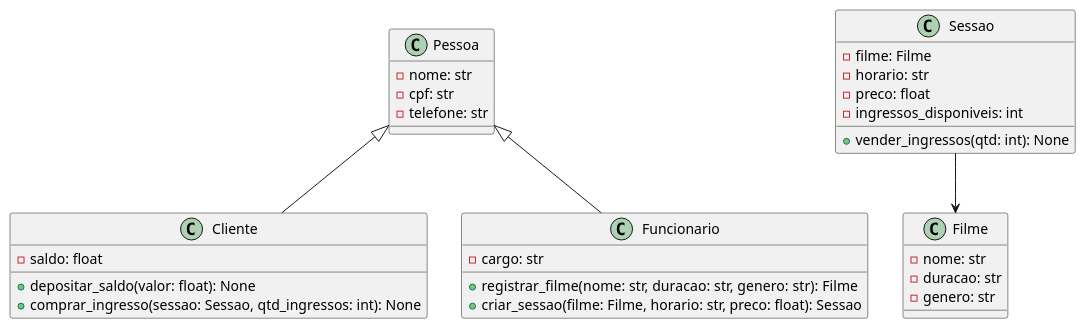
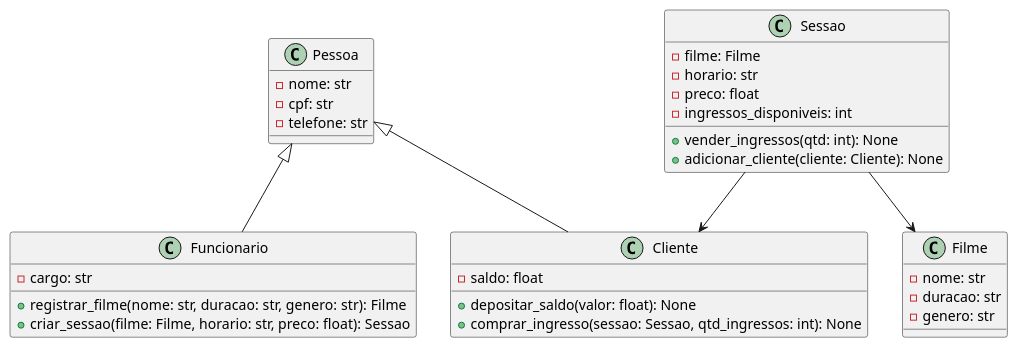
Before and after one commit to anleaes/2023-1-N1-POO-06: the diagram in teste.plantUML, drawn with PlantUML.

Commit message:
Versão 2

```diff
--- a/teste.plantUML
+++ b/teste.plantUML
@@ -1,35 +1,40 @@
+@startuml
 class Pessoa {
     -nome: str
     -cpf: str
     -telefone: str
 }
 
 class Cliente {
     -saldo: float
     +depositar_saldo(valor: float): None
     +comprar_ingresso(sessao: Sessao, qtd_ingressos: int): None
 }
 
 class Funcionario {
     -cargo: str
     +registrar_filme(nome: str, duracao: str, genero: str): Filme
     +criar_sessao(filme: Filme, horario: str, preco: float): Sessao
 }
 
 class Filme {
     -nome: str
     -duracao: str
     -genero: str
 }
 
 class Sessao {
     -filme: Filme
     -horario: str
     -preco: float
     -ingressos_disponiveis: int
     +vender_ingressos(qtd: int): None
+    +adicionar_cliente(cliente: Cliente): None
 }
 
 Pessoa <|-- Cliente
 Pessoa <|-- Funcionario
 Sessao --> Filme
+Sessao --> Cliente
+
+@enduml
```
